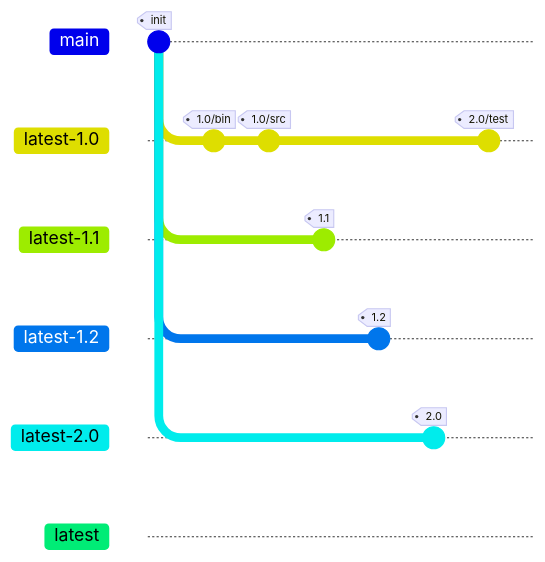
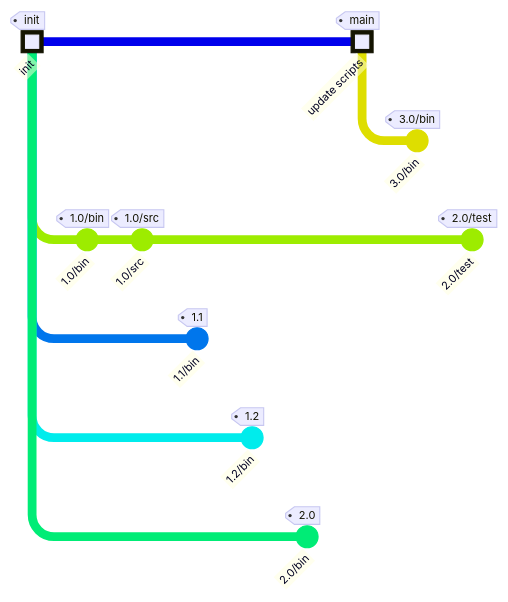
The diagram in README.md (Praqma/git-artifact), drawn with Mermaid before and after one commit. The commit also changed other lines of this file, not shown here.

Commit message:
gh-4 : convert ascii drawning to mermaid - both graph and gitgraph

````diff
--- a/README.md
+++ b/README.md
@@ -37,21 +37,31 @@
 ``` mermaid
-%%{init: { 'gitGraph': {'showCommitLabel': false, 'showBranches': true}} }%%
-gitGraph
-   commit id: "init" tag: "init"
-   branch latest-1.0
-   branch latest-1.1
-   branch latest-1.2
-   branch latest-2.0
-   branch latest
+%%{init: { 
+    'gitGraph': {
+        'loglevel' : 'debug',
+        'orientation': 'vertical', 
+        'showCommitLabel': true, 
+        'showBranches': false
+    }} }%%
+gitGraph:
+   commit id: "init" tag: "init" type:  HIGHLIGHT
+   branch latest-1.0 order: 2
+   branch latest-1.1 order: 3
+   branch latest-1.2 order: 4
+   branch latest-2.0 order: 5
    checkout latest-1.0
    commit id: "1.0/bin" tag: "1.0/bin"
    commit id: "1.0/src" tag: "1.0/src"
    checkout latest-1.1
    commit id: "1.1/bin" tag: "1.1"
    checkout latest-1.2
    commit id: "1.2/bin" tag: "1.2"
    checkout latest-2.0
    commit id: "2.0/bin" tag: "2.0"
+   checkout main
+   commit id: "update scripts" tag: "main" type:  HIGHLIGHT
+   branch foo order: 1
+   checkout foo
+   commit id: "3.0/bin" tag: "3.0/bin"
    checkout latest-1.0
    commit id: "2.0/test" tag: "2.0/test"
 ``` 
````
